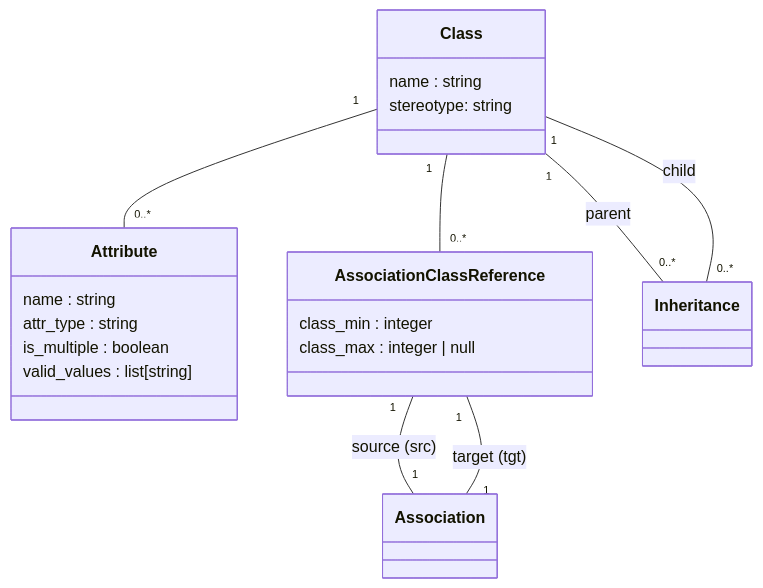
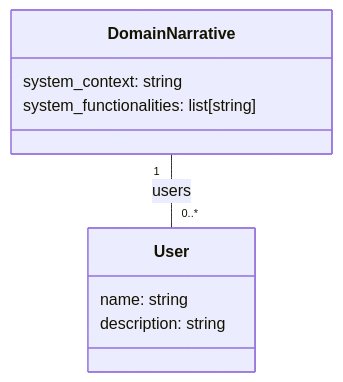
One commit to Nicolas-Botelho/REX changed the first of 4 diagrams in docs/models.md. Above: the diagram before and after it, drawn with Mermaid. The commit also changed other lines of this file and 13 other files, not shown here.

````diff
--- a/docs/models.md
+++ b/docs/models.md
@@ -4,34 +4,15 @@
 ```mermaid
 classDiagram
 
-class Class {
-  name : string
-  stereotype: string
+class DomainNarrative {
+  system_context: string
+  system_functionalities: list[string]
 }
 
-class Attribute {
-  name : string
-  attr_type : string
-  is_multiple : boolean
-  valid_values : list[string]
+class User {
+  name: string
+  description: string
 }
 
-class Association
-
-class AssociationClassReference {
-  class_min : integer
-  class_max : integer | null
-}
-
-class Inheritance
-
-Class "1" -- "0..*" Attribute
-
-Class "1" -- "0..*" AssociationClassReference
-
-AssociationClassReference "1" -- "1" Association : source (src)
-AssociationClassReference "1" -- "1" Association : target (tgt)
-
-Class "1" -- "0..*" Inheritance : parent
-Inheritance "0..*" -- "1" Class : child
+DomainNarrative "1" -- "0..*" User : users
 ```
````
